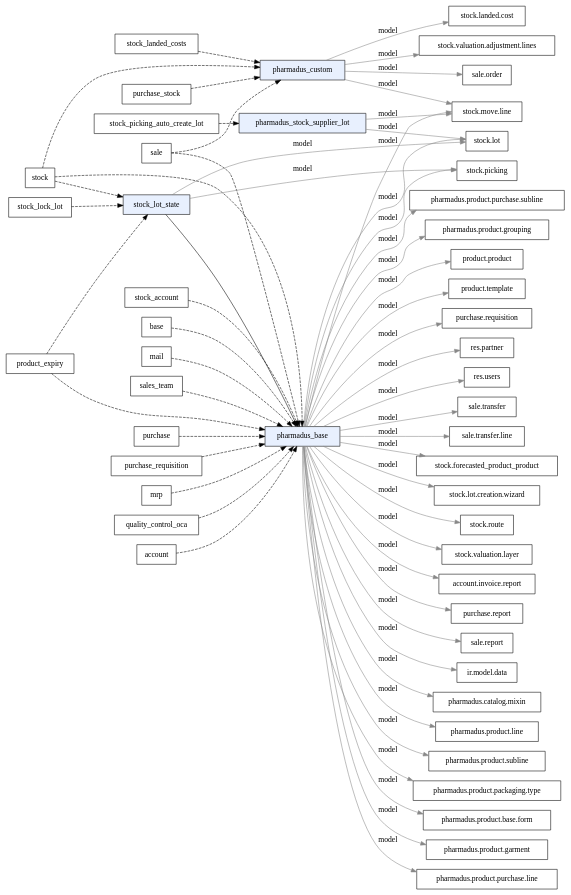
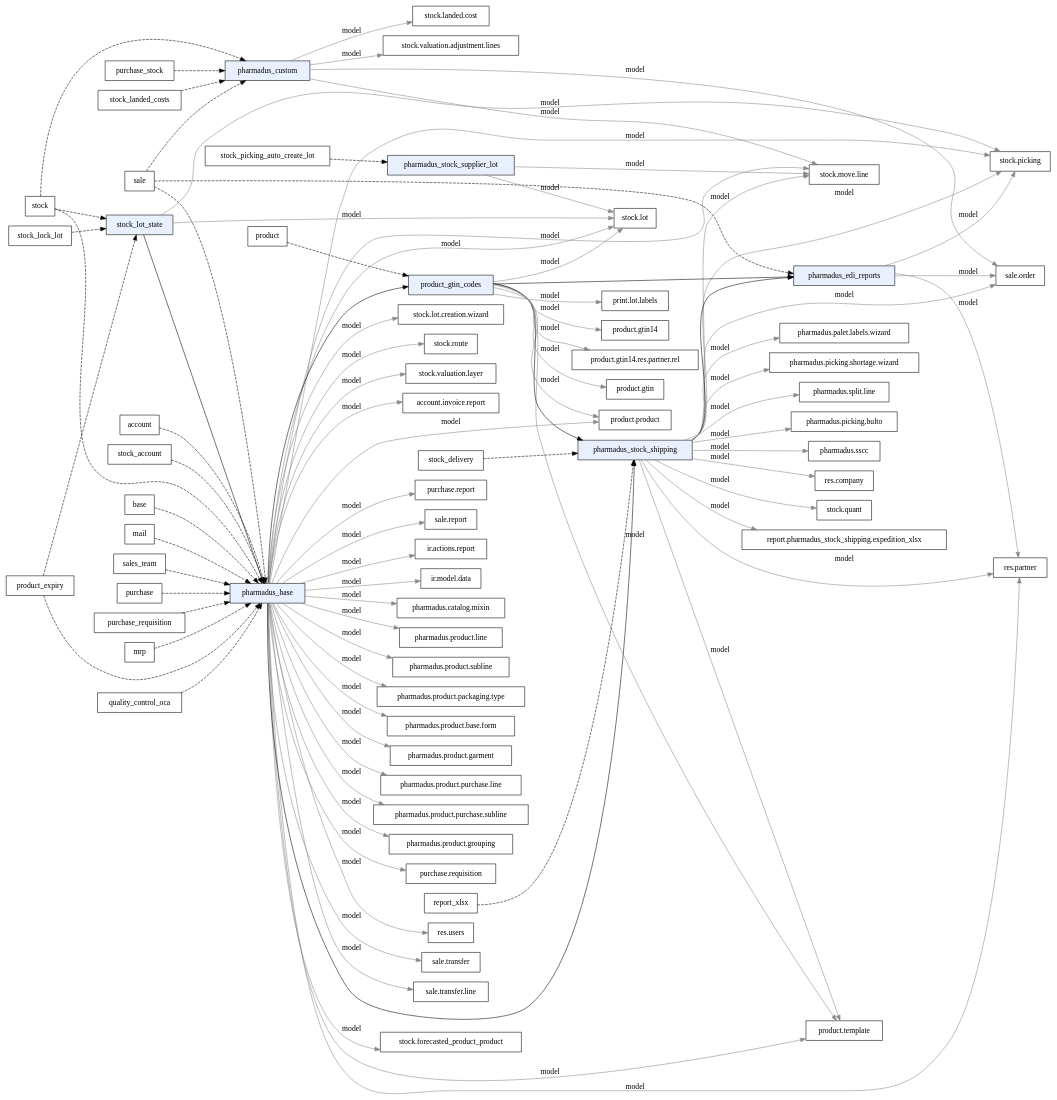
The diagram in .skills/project-graph/graph/addons-dependencies.dot (Ipharmadus/odoo), drawn with Graphviz before and after one commit. The commit also changed 4 other files, not shown here.

Commit message:
project-graph: actualizar el grafo con los modulos nuevos

```diff
--- a/.skills/project-graph/graph/addons-dependencies.dot
+++ b/.skills/project-graph/graph/addons-dependencies.dot
@@ -1,64 +1,100 @@
 digraph pharmadus_addons {
   rankdir=LR;
   node [shape=box];
   "pharmadus_base" [style=filled, fillcolor="#e8f0fe"];
   "base" -> "pharmadus_base" [style=dashed];
   "mail" -> "pharmadus_base" [style=dashed];
   "sales_team" -> "pharmadus_base" [style=dashed];
   "sale" -> "pharmadus_base" [style=dashed];
   "purchase" -> "pharmadus_base" [style=dashed];
   "purchase_requisition" -> "pharmadus_base" [style=dashed];
   "stock" -> "pharmadus_base" [style=dashed];
   "mrp" -> "pharmadus_base" [style=dashed];
   "stock_lot_state" -> "pharmadus_base" [style=solid];
   "product_expiry" -> "pharmadus_base" [style=dashed];
   "quality_control_oca" -> "pharmadus_base" [style=dashed];
   "account" -> "pharmadus_base" [style=dashed];
   "stock_account" -> "pharmadus_base" [style=dashed];
+  "pharmadus_base" -> "ir.actions.report" [label="model", color="#888888"];
   "pharmadus_base" -> "ir.model.data" [label="model", color="#888888"];
   "pharmadus_base" -> "pharmadus.catalog.mixin" [label="model", color="#888888"];
   "pharmadus_base" -> "pharmadus.product.line" [label="model", color="#888888"];
   "pharmadus_base" -> "pharmadus.product.subline" [label="model", color="#888888"];
   "pharmadus_base" -> "pharmadus.product.packaging.type" [label="model", color="#888888"];
   "pharmadus_base" -> "pharmadus.product.base.form" [label="model", color="#888888"];
   "pharmadus_base" -> "pharmadus.product.garment" [label="model", color="#888888"];
   "pharmadus_base" -> "pharmadus.product.purchase.line" [label="model", color="#888888"];
   "pharmadus_base" -> "pharmadus.product.purchase.subline" [label="model", color="#888888"];
   "pharmadus_base" -> "pharmadus.product.grouping" [label="model", color="#888888"];
   "pharmadus_base" -> "product.product" [label="model", color="#888888"];
   "pharmadus_base" -> "product.template" [label="model", color="#888888"];
   "pharmadus_base" -> "purchase.requisition" [label="model", color="#888888"];
   "pharmadus_base" -> "res.partner" [label="model", color="#888888"];
   "pharmadus_base" -> "res.users" [label="model", color="#888888"];
   "pharmadus_base" -> "sale.transfer" [label="model", color="#888888"];
   "pharmadus_base" -> "sale.transfer.line" [label="model", color="#888888"];
   "pharmadus_base" -> "stock.forecasted_product_product" [label="model", color="#888888"];
   "pharmadus_base" -> "stock.lot" [label="model", color="#888888"];
   "pharmadus_base" -> "stock.lot.creation.wizard" [label="model", color="#888888"];
   "pharmadus_base" -> "stock.move.line" [label="model", color="#888888"];
   "pharmadus_base" -> "stock.picking" [label="model", color="#888888"];
   "pharmadus_base" -> "stock.route" [label="model", color="#888888"];
   "pharmadus_base" -> "stock.valuation.layer" [label="model", color="#888888"];
   "pharmadus_base" -> "account.invoice.report" [label="model", color="#888888"];
   "pharmadus_base" -> "purchase.report" [label="model", color="#888888"];
   "pharmadus_base" -> "sale.report" [label="model", color="#888888"];
   "pharmadus_custom" [style=filled, fillcolor="#e8f0fe"];
   "sale" -> "pharmadus_custom" [style=dashed];
   "stock" -> "pharmadus_custom" [style=dashed];
   "purchase_stock" -> "pharmadus_custom" [style=dashed];
   "stock_landed_costs" -> "pharmadus_custom" [style=dashed];
   "pharmadus_custom" -> "sale.order" [label="model", color="#888888"];
   "pharmadus_custom" -> "stock.landed.cost" [label="model", color="#888888"];
   "pharmadus_custom" -> "stock.move.line" [label="model", color="#888888"];
   "pharmadus_custom" -> "stock.valuation.adjustment.lines" [label="model", color="#888888"];
+  "pharmadus_edi_reports" [style=filled, fillcolor="#e8f0fe"];
+  "pharmadus_stock_shipping" -> "pharmadus_edi_reports" [style=solid];
+  "product_gtin_codes" -> "pharmadus_edi_reports" [style=solid];
+  "sale" -> "pharmadus_edi_reports" [style=dashed];
+  "pharmadus_edi_reports" -> "res.partner" [label="model", color="#888888"];
+  "pharmadus_edi_reports" -> "sale.order" [label="model", color="#888888"];
+  "pharmadus_edi_reports" -> "stock.picking" [label="model", color="#888888"];
+  "pharmadus_stock_shipping" [style=filled, fillcolor="#e8f0fe"];
+  "pharmadus_base" -> "pharmadus_stock_shipping" [style=solid];
+  "product_gtin_codes" -> "pharmadus_stock_shipping" [style=solid];
+  "report_xlsx" -> "pharmadus_stock_shipping" [style=dashed];
+  "stock_delivery" -> "pharmadus_stock_shipping" [style=dashed];
+  "pharmadus_stock_shipping" -> "pharmadus.picking.bulto" [label="model", color="#888888"];
+  "pharmadus_stock_shipping" -> "pharmadus.sscc" [label="model", color="#888888"];
+  "pharmadus_stock_shipping" -> "product.template" [label="model", color="#888888"];
+  "pharmadus_stock_shipping" -> "res.company" [label="model", color="#888888"];
+  "pharmadus_stock_shipping" -> "res.partner" [label="model", color="#888888"];
+  "pharmadus_stock_shipping" -> "sale.order" [label="model", color="#888888"];
+  "pharmadus_stock_shipping" -> "stock.move.line" [label="model", color="#888888"];
+  "pharmadus_stock_shipping" -> "stock.picking" [label="model", color="#888888"];
+  "pharmadus_stock_shipping" -> "stock.quant" [label="model", color="#888888"];
+  "pharmadus_stock_shipping" -> "report.pharmadus_stock_shipping.expedition_xlsx" [label="model", color="#888888"];
+  "pharmadus_stock_shipping" -> "pharmadus.palet.labels.wizard" [label="model", color="#888888"];
+  "pharmadus_stock_shipping" -> "pharmadus.picking.shortage.wizard" [label="model", color="#888888"];
+  "pharmadus_stock_shipping" -> "pharmadus.split.line" [label="model", color="#888888"];
   "pharmadus_stock_supplier_lot" [style=filled, fillcolor="#e8f0fe"];
   "stock_picking_auto_create_lot" -> "pharmadus_stock_supplier_lot" [style=dashed];
   "pharmadus_stock_supplier_lot" -> "stock.lot" [label="model", color="#888888"];
   "pharmadus_stock_supplier_lot" -> "stock.move.line" [label="model", color="#888888"];
+  "product_gtin_codes" [style=filled, fillcolor="#e8f0fe"];
+  "product" -> "product_gtin_codes" [style=dashed];
+  "pharmadus_base" -> "product_gtin_codes" [style=solid];
+  "product_gtin_codes" -> "print.lot.labels" [label="model", color="#888888"];
+  "product_gtin_codes" -> "product.gtin14" [label="model", color="#888888"];
+  "product_gtin_codes" -> "product.gtin14.res.partner.rel" [label="model", color="#888888"];
+  "product_gtin_codes" -> "product.gtin" [label="model", color="#888888"];
+  "product_gtin_codes" -> "product.product" [label="model", color="#888888"];
+  "product_gtin_codes" -> "product.template" [label="model", color="#888888"];
+  "product_gtin_codes" -> "stock.lot" [label="model", color="#888888"];
   "stock_lot_state" [style=filled, fillcolor="#e8f0fe"];
   "stock" -> "stock_lot_state" [style=dashed];
   "product_expiry" -> "stock_lot_state" [style=dashed];
   "stock_lock_lot" -> "stock_lot_state" [style=dashed];
   "stock_lot_state" -> "stock.lot" [label="model", color="#888888"];
   "stock_lot_state" -> "stock.picking" [label="model", color="#888888"];
 }
```
